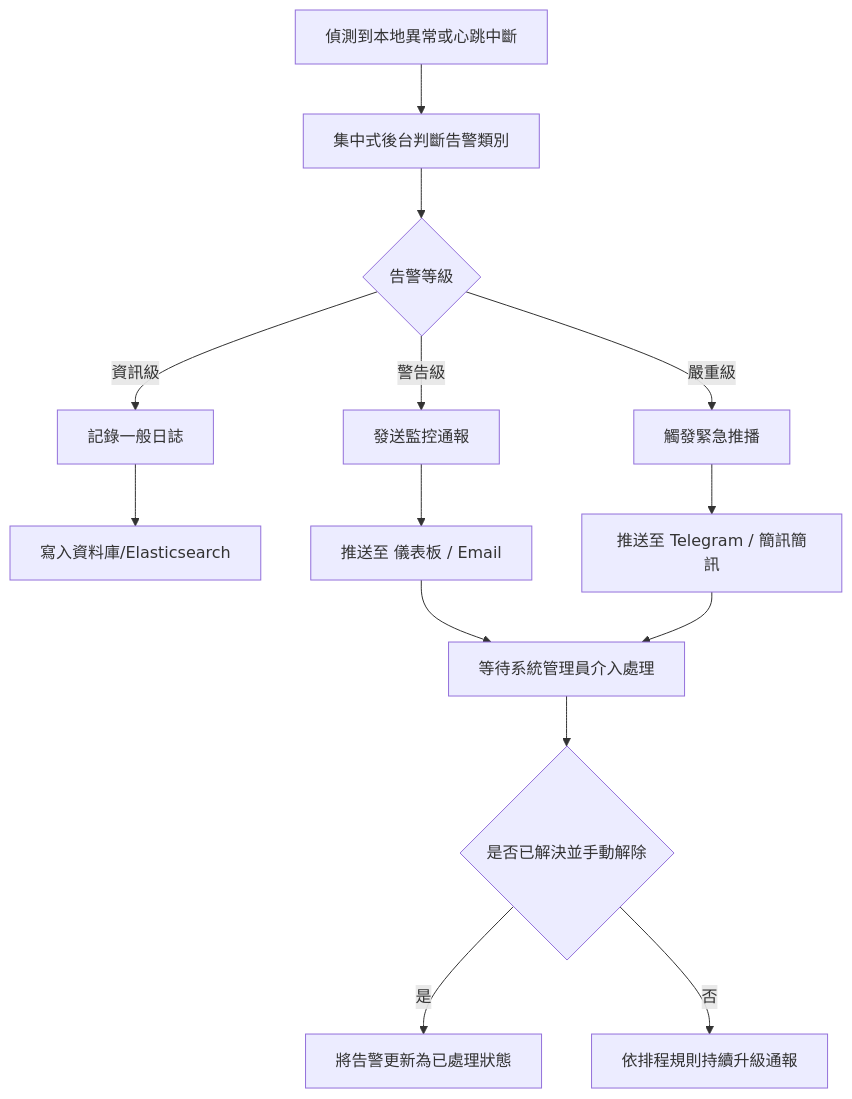
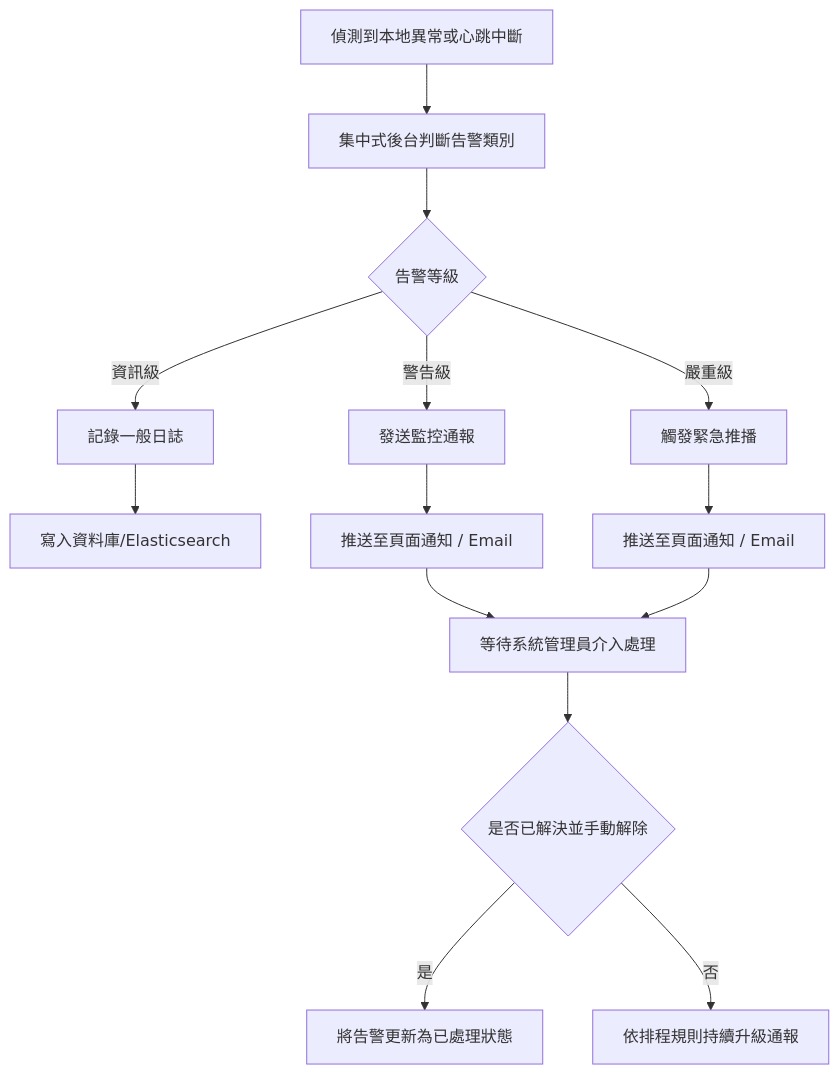
One commit to dimx9173/project_game changed the fifth of 17 diagrams in md/v8/遊戲平台管理系統_功能矩陣與流程圖_旗艦版.md. Above: the diagram before and after it, drawn with Mermaid. The commit also changed other lines of this file, not shown here.

Commit message:
docs: 設備監控與告警通知僅保留 Email 與頁面通知

````diff
--- a/md/v8/遊戲平台管理系統_功能矩陣與流程圖_旗艦版.md
+++ b/md/v8/遊戲平台管理系統_功能矩陣與流程圖_旗艦版.md
@@ -339,16 +339,16 @@
 ```mermaid
 flowchart TD
     A[偵測到本地異常或心跳中斷] --> B[集中式後台判斷告警類別]
     B --> C{告警等級}
     C -->|資訊級| D[記錄一般日誌]
     C -->|警告級| E[發送監控通報]
     C -->|嚴重級| F[觸發緊急推播]
     D --> G[寫入資料庫/Elasticsearch]
-    E --> H[推送至 儀表板 / Email]
-    F --> I[推送至 Telegram / 簡訊簡訊]
+    E --> H[推送至頁面通知 / Email]
+    F --> I[推送至頁面通知 / Email]
     H --> J[等待系統管理員介入處理]
     I --> J
     J --> K{是否已解決並手動解除}
     K -->|是| L[將告警更新為已處理狀態]
     K -->|否| M[依排程規則持續升級通報]
 ```
````
